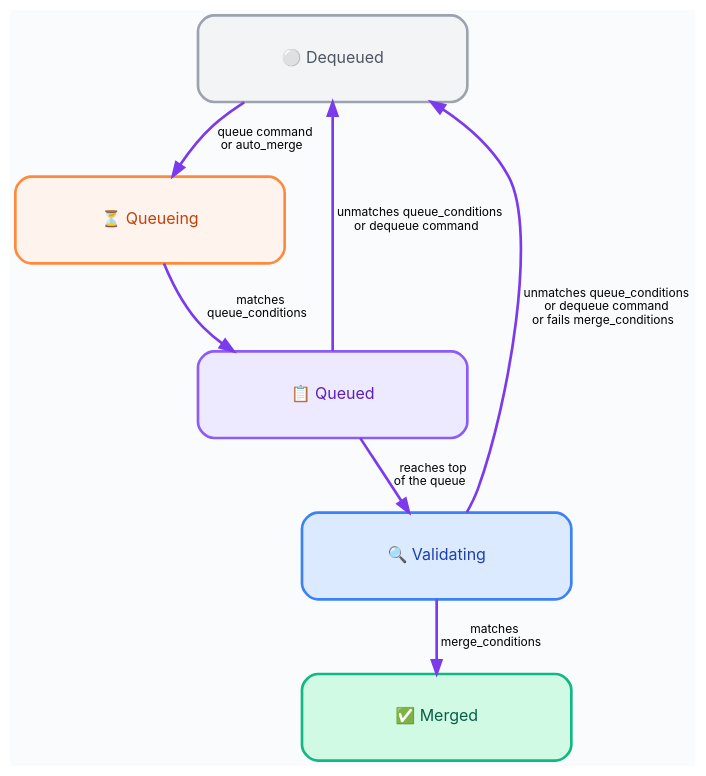
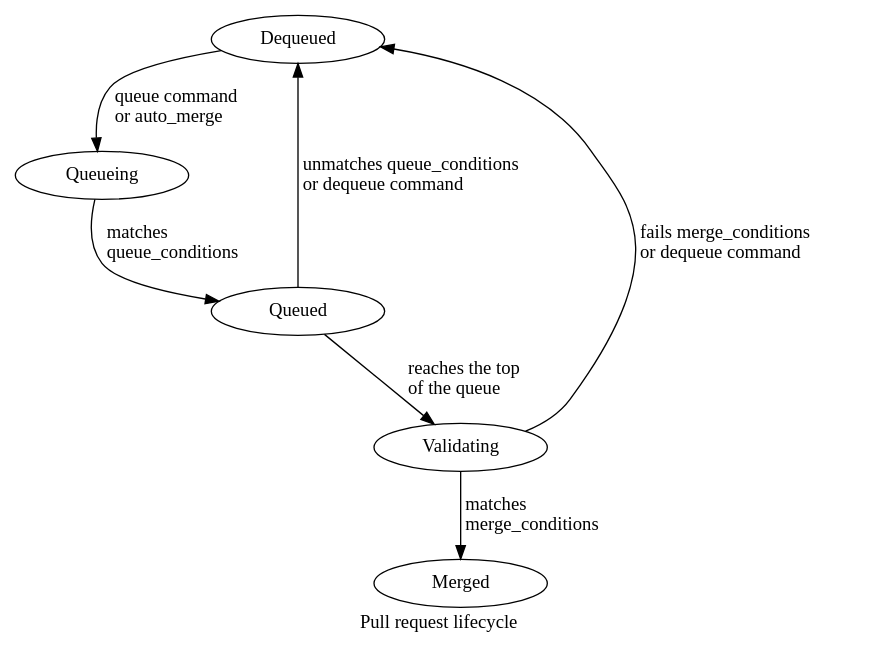
One commit to Mergifyio/docs changed the diagram in src/content/docs/merge-queue/lifecycle.mdx. Above: the diagram before and after it, drawn with Graphviz. The commit also changed 20 other files, not shown here.

````diff
--- a/src/content/docs/merge-queue/lifecycle.mdx
+++ b/src/content/docs/merge-queue/lifecycle.mdx
@@ -40,71 +40,19 @@
-```dot class="graph"
-strict digraph {
-    fontname="Inter, system-ui, sans-serif";
-    rankdir="TB";
-    bgcolor="#FAFBFC";
+```dot class="flow"
+digraph {
+  label="Pull request lifecycle";
+  node [width=1.8];
 
-    // Global node and edge styling
-    node [
-        style="filled,rounded",
-        shape=rect,
-        fontcolor="black",
-        fontname="Inter, system-ui, sans-serif",
-        fontsize=12,
-        margin=0.25,
-        penwidth=2,
-        width=2.8,
-        height=0.9
-    ];
+  Dequeued [class="external"];
+  Queueing [class="pending"];
+  Queued [class="queued"];
+  Validating [class="pending"];
+  Merged [class="merged"];
 
-    edge [
-        color="#7C3AED",
-        arrowhead=normal,
-        fontname="Inter, system-ui, sans-serif",
-        fontsize=9,
-        penwidth=2
-    ];
-
-    Dequeued [
-        label="⚪ Dequeued",
-        fillcolor="#F3F4F6",
-        color="#9CA3AF",
-        fontcolor="#4B5563"
-    ];
-
-    Queueing [
-        label="⏳ Queueing",
-        fillcolor="#FFF4ED",
-        color="#FF8A3D",
-        fontcolor="#C2410C"
-    ];
-
-    Queued [
-        label="📋 Queued",
-        fillcolor="#EDE9FE",
-        color="#8B5CF6",
-        fontcolor="#5B21B6"
-    ];
-
-    Validating [
-        label="🔍 Validating",
-        fillcolor="#DBEAFE",
-        color="#3B82F6",
-        fontcolor="#1E40AF"
-    ];
-
-    Merged [
-        label="✅ Merged",
-        fillcolor="#D1FAE5",
-        color="#10B981",
-        fontcolor="#065F46"
-    ];
-
-    // Transitions with detailed labels
-    Dequeued -> Queueing [label="  queue command\n  or auto_merge  "];
-    Queueing -> Queued [label="  matches\n  queue_conditions  "];
-    Queued -> Dequeued [label="  unmatches queue_conditions\n  or dequeue command  "];
-    Queued -> Validating [label="  reaches top\n  of the queue  "];
-    Validating -> Merged [label="  matches\n  merge_conditions  "];
-    Validating -> Dequeued [label="  unmatches queue_conditions\n  or dequeue command\n  or fails merge_conditions  "];
+  Dequeued -> Queueing [label="  queue command\l  or auto_merge\l"];
+  Queueing -> Queued [label="  matches\l  queue_conditions\l"];
+  Queued -> Validating [label="  reaches the top\l  of the queue\l"];
+  Validating -> Merged [label="  matches\l  merge_conditions\l", class="merged"];
+  Queued -> Dequeued [label="  unmatches queue_conditions\l  or dequeue command\l", class="failed"];
+  Validating -> Dequeued [label="  fails merge_conditions\l  or dequeue command\l", class="failed"];
 }
 ```
````
